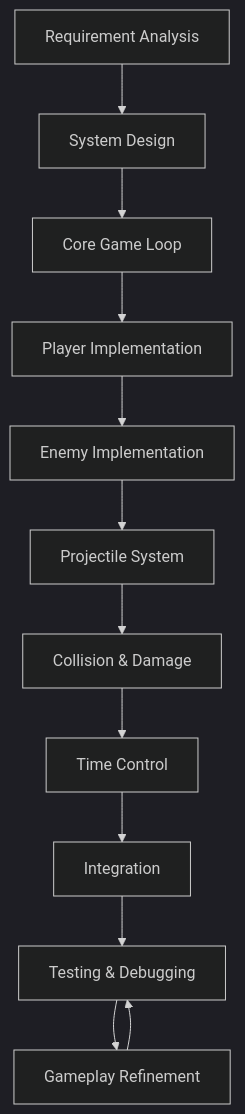
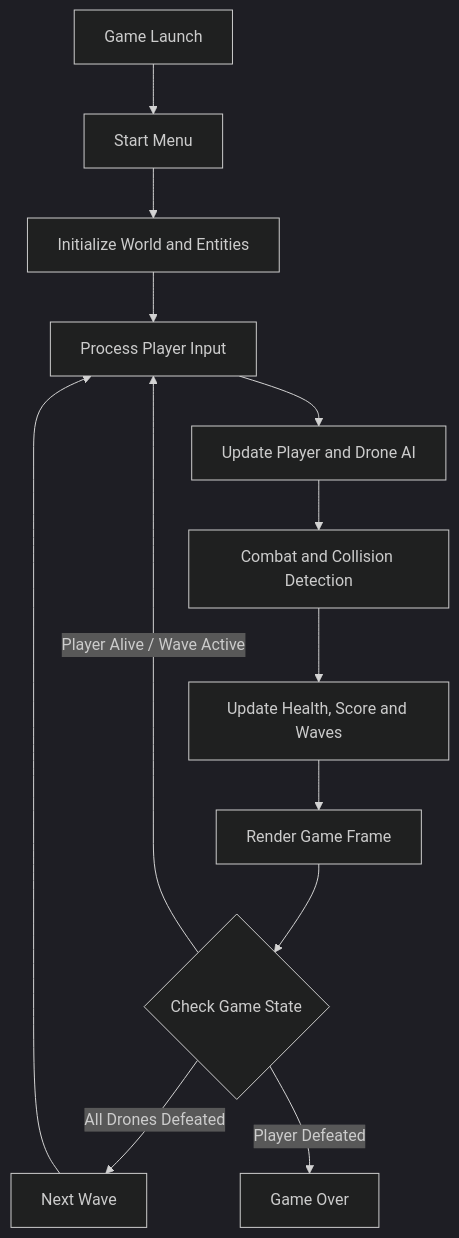
One commit to Ruchir192/ZeroTH-Second- changed the diagram in README.md. Above: the diagram before and after it, drawn with Mermaid (dark theme). The commit also changed other lines of this file, not shown here.

````diff
--- a/README.md
+++ b/README.md
@@ -213,14 +159,15 @@
 ```mermaid
 flowchart TD
-    A["Requirement Analysis"] --> B["System Design"]
-    B --> C["Core Game Loop"]
-    C --> D["Player Implementation"]
-    D --> E["Enemy Implementation"]
-    E --> F["Projectile System"]
-    F --> G["Collision & Damage"]
-    G --> H["Time Control"]
-    H --> I["Integration"]
-    I --> J["Testing & Debugging"]
-    J --> K["Gameplay Refinement"]
-    K --> J
+    A["Game Launch"] --> B["Start Menu"]
+    B --> C["Initialize World and Entities"]
+    C --> D["Process Player Input"]
+    D --> E["Update Player and Drone AI"]
+    E --> F["Combat and Collision Detection"]
+    F --> G["Update Health, Score and Waves"]
+    G --> H["Render Game Frame"]
+    H --> I{"Check Game State"}
+    I -->|Player Alive / Wave Active| D
+    I -->|All Drones Defeated| J["Next Wave"]
+    J --> D
+    I -->|Player Defeated| K["Game Over"]
 ```
````
